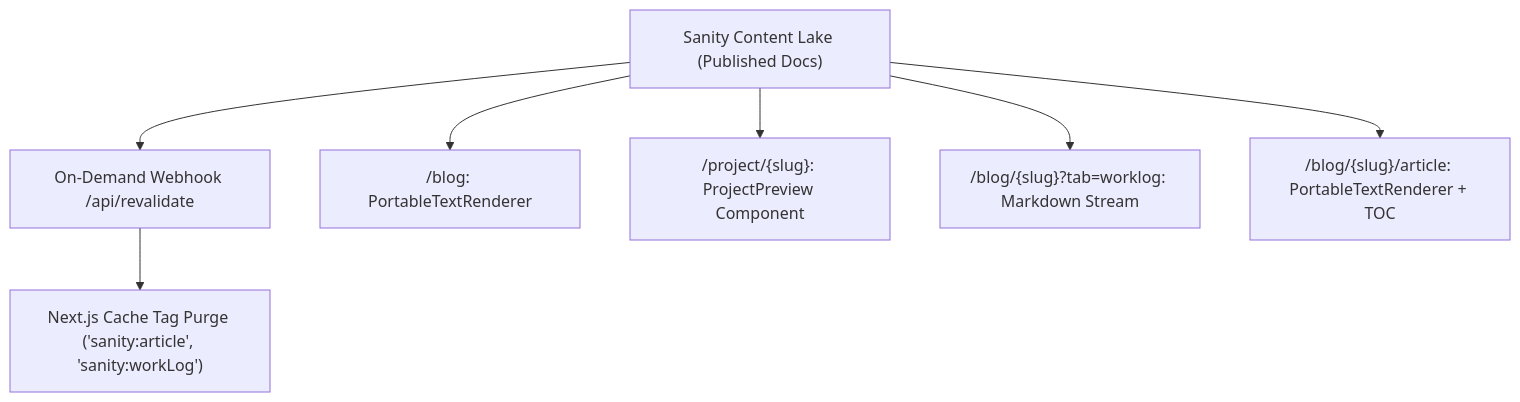
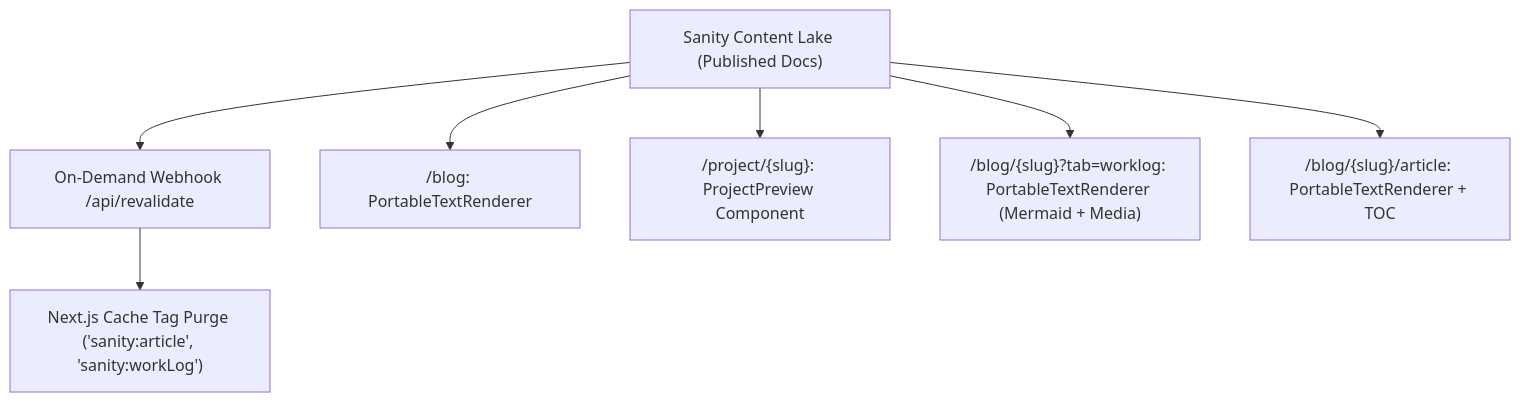
Before and after one commit to BenjiBenji20/portfolio: the diagram in documentation/markdown_and_portable_text_architecture.md, drawn with Mermaid. The commit also changed other lines of this file and 11 other files, not shown here.

Commit message:
feat: allows mermaid diagram to svg to render in portable text body

````diff
--- a/documentation/markdown_and_portable_text_architecture.md
+++ b/documentation/markdown_and_portable_text_architecture.md
@@ -21,9 +21,9 @@
 ```mermaid
 graph TD
     A["Sanity Content Lake (Published Docs)"] --> B["On-Demand Webhook /api/revalidate"]
     B --> C["Next.js Cache Tag Purge ('sanity:article', 'sanity:workLog')"]
     A --> D["/blog: PortableTextRenderer"]
     A --> E["/project/{slug}: ProjectPreview Component"]
-    A --> F["/blog/{slug}?tab=worklog: Markdown Stream"]
+    A --> F["/blog/{slug}?tab=worklog: PortableTextRenderer (Mermaid + Media)"]
     A --> G["/blog/{slug}/article: PortableTextRenderer + TOC"]
 ```
````
